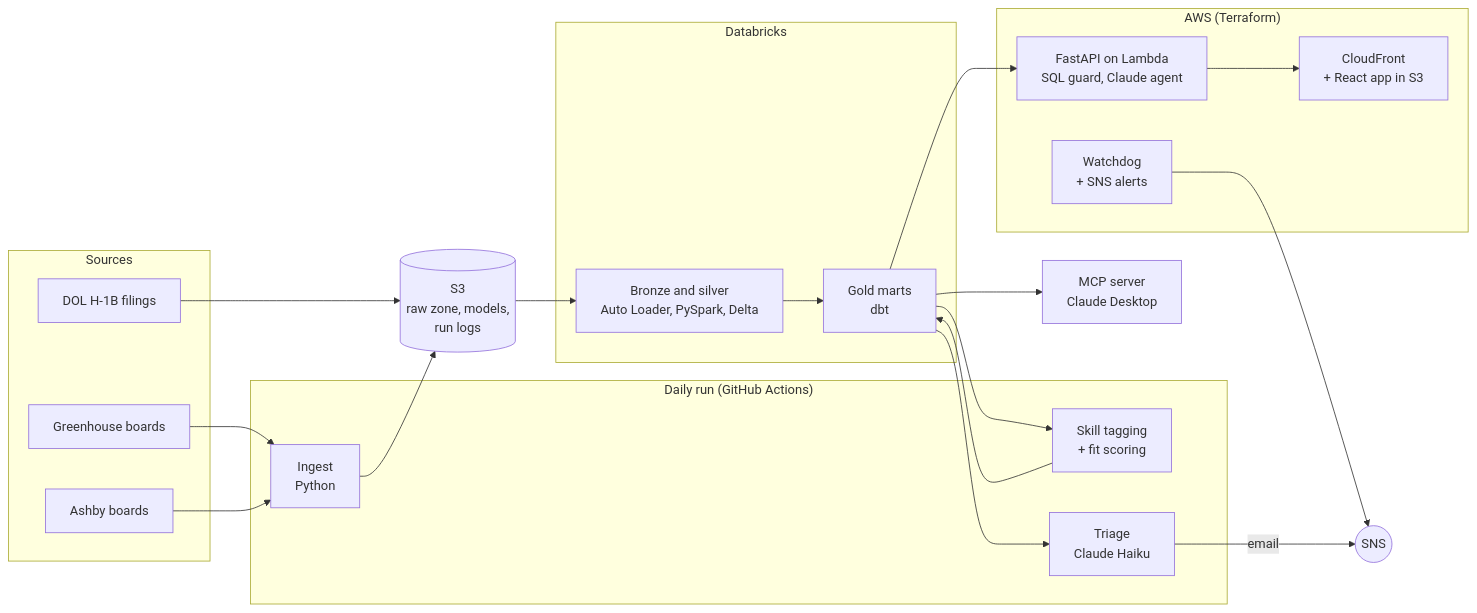
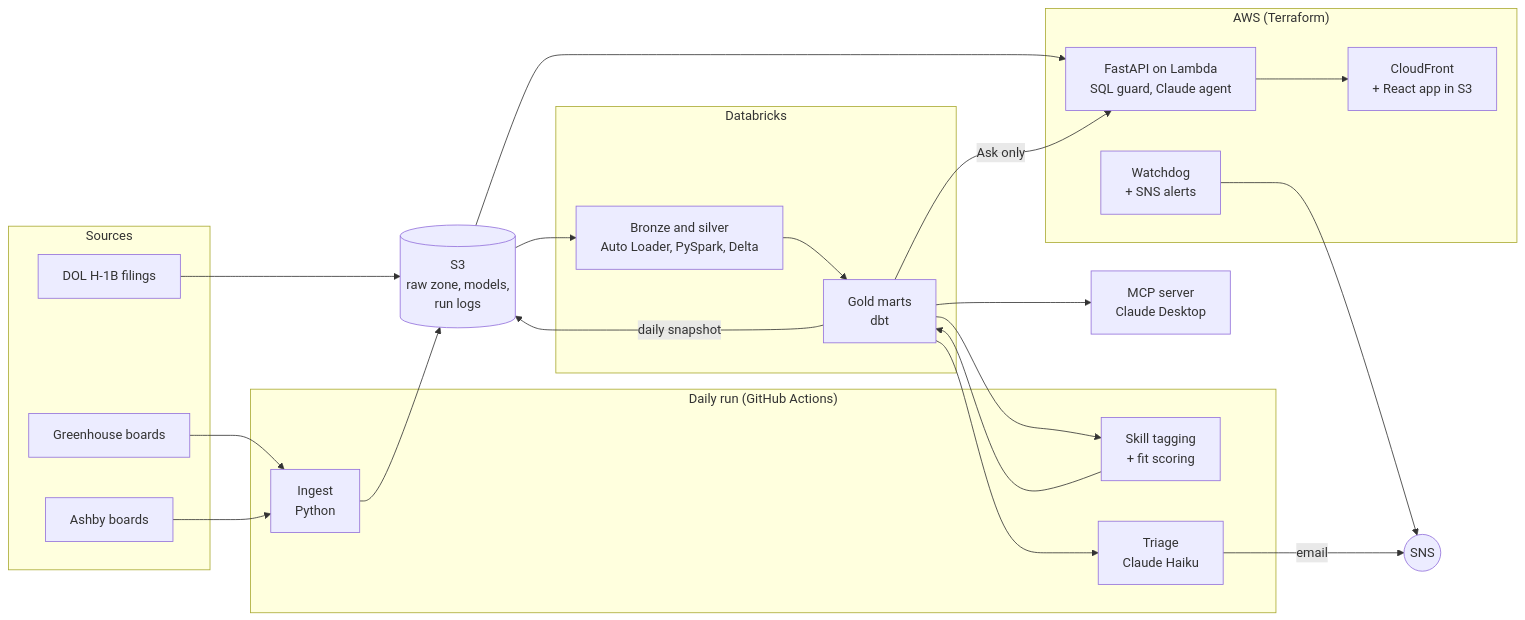
One commit to ajinkyadesai-git/job-radar changed the diagram in README.md. Above: the diagram before and after it, drawn with Mermaid. The commit also changed other lines of this file and 14 other files, not shown here.

First line of the commit message:
Serve the website from a daily S3 snapshot of gold instead of live Databricks queries (#43)

````diff
--- a/README.md
+++ b/README.md
@@ -53,33 +53,35 @@
 ```mermaid
 flowchart LR
   subgraph Sources
     GH[Greenhouse boards]
     AB[Ashby boards]
     DOL[DOL H-1B filings]
   end
   subgraph Daily["Daily run (GitHub Actions)"]
     ING[Ingest<br/>Python]
     SKI[Skill tagging<br/>+ fit scoring]
     TRI[Triage<br/>Claude Haiku]
   end
   S3[(S3<br/>raw zone, models,<br/>run logs)]
   subgraph Databricks
     BRZ[Bronze and silver<br/>Auto Loader, PySpark, Delta]
     GLD[Gold marts<br/>dbt]
   end
   subgraph AWS["AWS (Terraform)"]
     API[FastAPI on Lambda<br/>SQL guard, Claude agent]
     CF[CloudFront<br/>+ React app in S3]
     WD[Watchdog<br/>+ SNS alerts]
   end
   MCP[MCP server<br/>Claude Desktop]
   GH --> ING
   AB --> ING
   DOL --> S3
   ING --> S3 --> BRZ --> GLD
   GLD --> SKI --> GLD
   GLD --> TRI -->|email| SNS((SNS))
-  GLD --> API --> CF
+  GLD -->|daily snapshot| S3
+  S3 --> API --> CF
+  GLD -->|Ask only| API
   GLD --> MCP
   WD --> SNS
 ```
````
